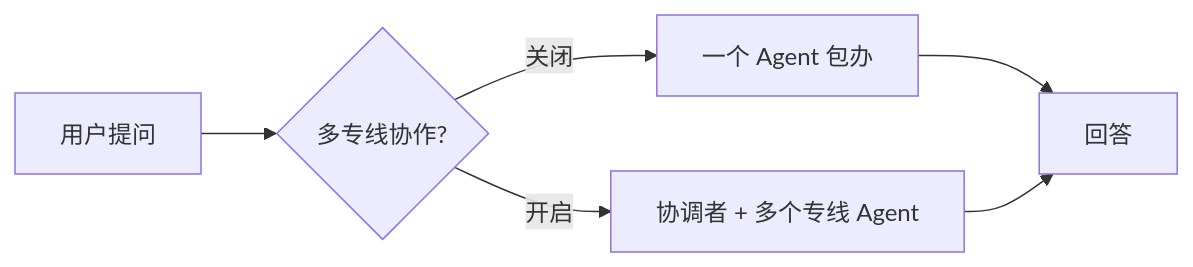
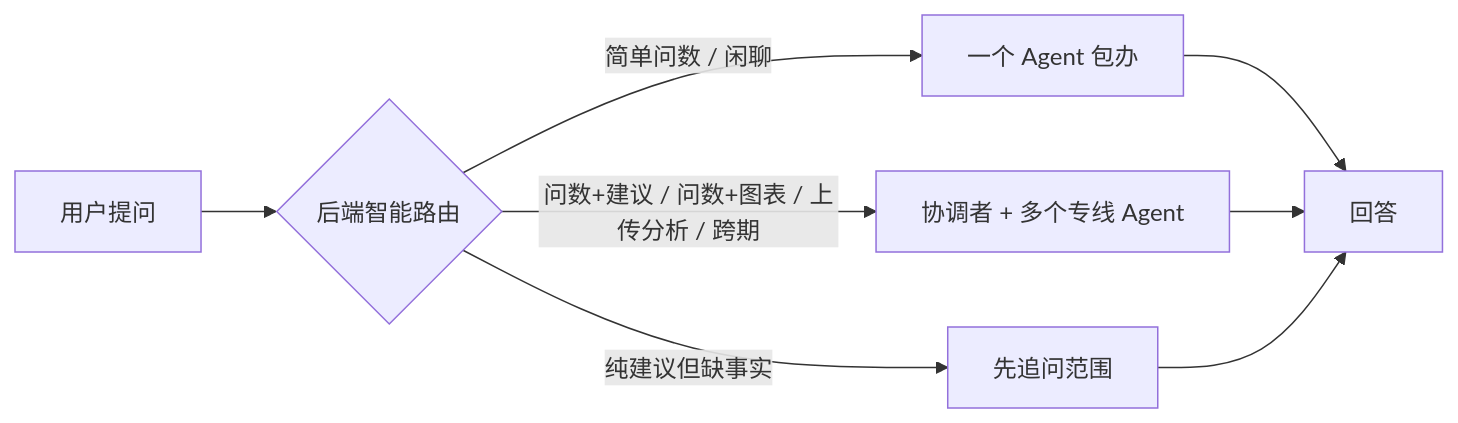
The fourth of 5 diagrams in docs/guide/agent-flow.md (secary/chat-bi), drawn with Mermaid before and after one commit. The commit also changed other lines of this file and 32 other files, not shown here.

Commit message:
Refactor Multi Agent Decision Route (#78)

````diff
--- a/docs/guide/agent-flow.md
+++ b/docs/guide/agent-flow.md
@@ -71,8 +71,10 @@
 ```mermaid
 flowchart LR
-    Q[用户提问] --> SW{多专线协作?}
-    SW -->|关闭| ONE[一个 Agent 包办]
-    SW -->|开启| MULTI[协调者 + 多个专线 Agent]
+    Q[用户提问] --> SW{后端智能路由}
+    SW -->|简单问数 / 闲聊| ONE[一个 Agent 包办]
+    SW -->|问数+建议 / 问数+图表 / 上传分析 / 跨期| MULTI[协调者 + 多个专线 Agent]
+    SW -->|纯建议但缺事实| ASK[先追问范围]
     ONE --> ANS[回答]
     MULTI --> ANS
+    ASK --> ANS
 ```
````
